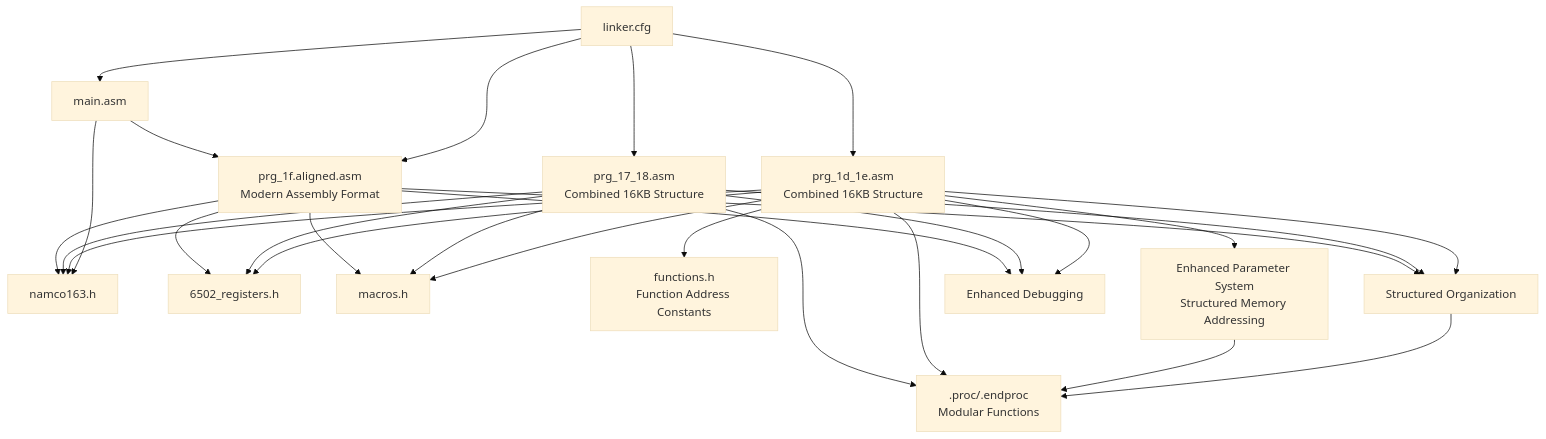
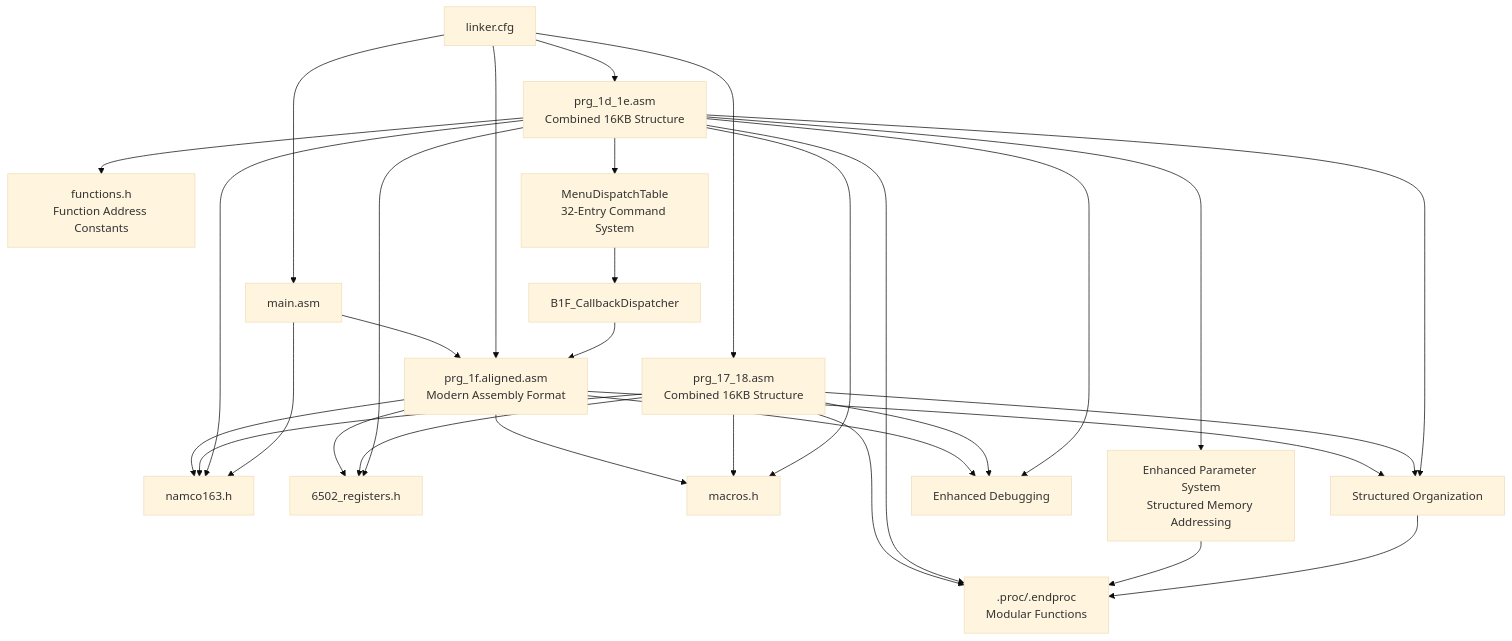
One commit to rabbyzero/sango2dasm changed diagram 12 of 12 in .qoder/repowiki/en/content/Assembly Architecture/Assembly Architecture.md. Above: the diagram before and after it, drawn with Mermaid (base theme). The commit also changed other lines of this file and 10 other files, not shown here.

````diff
--- a/.qoder/repowiki/en/content/Assembly Architecture/Assembly Architecture.md
+++ b/.qoder/repowiki/en/content/Assembly Architecture/Assembly Architecture.md
@@ -760,30 +830,33 @@
 ```mermaid
 graph TB
 ALIGNED["prg_1f.aligned.asm<br/>Modern Assembly Format"] --> NAMCO["namco163.h"]
 ALIGNED --> REGS["6502_registers.h"]
 ALIGNED --> MACROS["macros.h"]
 COMBINED17_18["prg_17_18.asm<br/>Combined 16KB Structure"] --> NAMCO
 COMBINED17_18 --> REGS
 COMBINED17_18 --> MACROS
 COMBINED1D_1E["prg_1d_1e.asm<br/>Combined 16KB Structure"] --> NAMCO
 COMBINED1D_1E --> REGS
 COMBINED1D_1E --> MACROS
 COMBINED1D_1E --> FUNCTIONS["functions.h<br/>Function Address Constants"]
 COMBINED1D_1E --> PARAMSYS["Enhanced Parameter System<br/>Structured Memory Addressing"]
+COMBINED1D_1E --> MENUDISPATCH["MenuDispatchTable<br/>32-Entry Command System"]
 MAIN["main.asm"] --> ALIGNED
 MAIN --> NAMCO
 LCFG["linker.cfg"] --> ALIGNED
 LCFG --> COMBINED17_18
 LCFG --> COMBINED1D_1E
 LCFG --> MAIN
 ALIGNED --> STRUCT["Structured Organization"]
 COMBINED17_18 --> STRUCT
 COMBINED1D_1E --> STRUCT
 ALIGNED --> DEBUG["Enhanced Debugging"]
 COMBINED17_18 --> DEBUG
 COMBINED1D_1E --> DEBUG
 COMBINED17_18 --> PROC[".proc/.endproc<br/>Modular Functions"]
 COMBINED1D_1E --> PROC
 PARAMSYS --> PROC
 STRUCT --> PROC
+MENUDISPATCH --> CALLBACK["B1F_CallbackDispatcher"]
+CALLBACK --> ALIGNED
 ```
````
